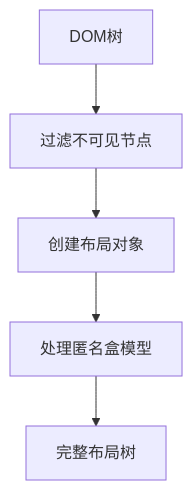
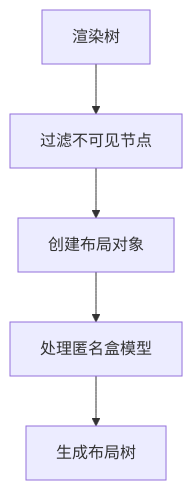
Before and after one commit to jianhua1996/vitepress-blog: the first of 4 diagrams in posts/浏览器渲染原理（二）.md, drawn with Mermaid. The commit also changed other lines of this file and 2 other files, not shown here.

````diff
--- a/posts/浏览器渲染原理（二）.md
+++ b/posts/浏览器渲染原理（二）.md
@@ -25,7 +31,7 @@
 ```mermaid
   flowchart TD
-  A[DOM树] --> B[过滤不可见节点]
+  A[渲染树] --> B[过滤不可见节点]
   B --> C[创建布局对象]
   C --> D[处理匿名盒模型]
-  D --> E[完整布局树]
+  D --> E[生成布局树]
 ```
````
